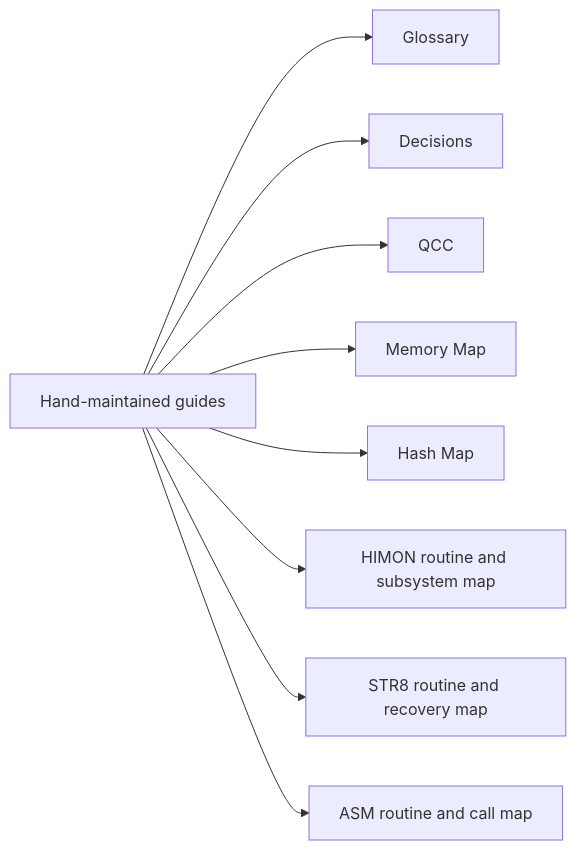
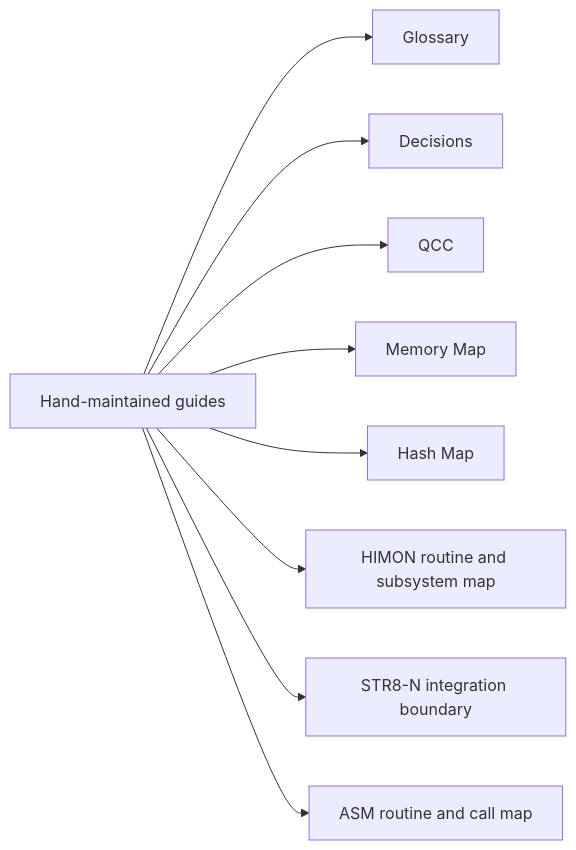
The second of 3 diagrams in DOC/GENERATED/MAP_OF_MAPS.md (95westus/R-YORS), drawn with Mermaid before and after one commit. The commit also changed other lines of this file and 65 other files, not shown here.

````diff
--- a/DOC/GENERATED/MAP_OF_MAPS.md
+++ b/DOC/GENERATED/MAP_OF_MAPS.md
@@ -55,11 +55,11 @@
 ```mermaid
 flowchart LR
     GUIDE[Hand-maintained guides] --> GLOSS[Glossary]
     GUIDE --> DEC[Decisions]
     GUIDE --> QCC[QCC]
     GUIDE --> MEM[Memory Map]
     GUIDE --> HASH[Hash Map]
     GUIDE --> HIMON[HIMON routine and subsystem map]
-    GUIDE --> STR8[STR8 routine and recovery map]
+    GUIDE --> STR8[STR8-N integration boundary]
     GUIDE --> ASM[ASM routine and call map]
 ```
````
